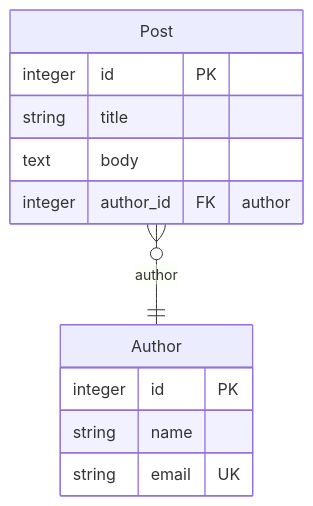
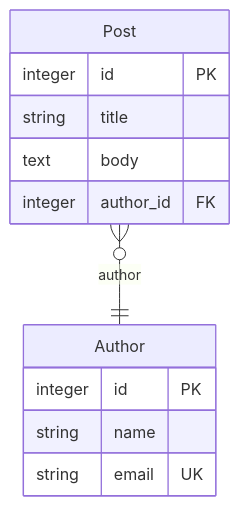
Before and after one commit to iamkanguk97/mikro-orm-markdown: the first of 2 diagrams in README.ko.md, drawn with Mermaid. The commit also changed other lines of this file and 8 other files, not shown here.

````diff
--- a/README.ko.md
+++ b/README.ko.md
@@ -185,15 +185,15 @@
 ```mermaid
 erDiagram
   Post {
     integer id PK
     string title
     text body
-    integer author_id FK "author"
+    integer author_id FK
   }
   Author {
     integer id PK
     string name
     string email UK
   }
   Post }o--|| Author : "author"
 ```
````
